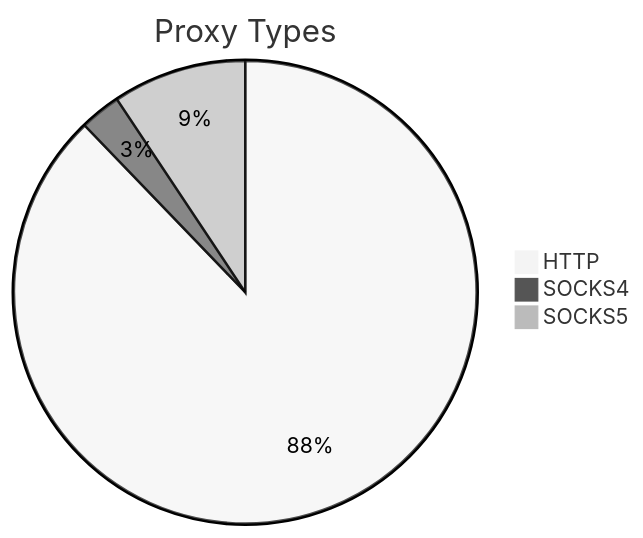
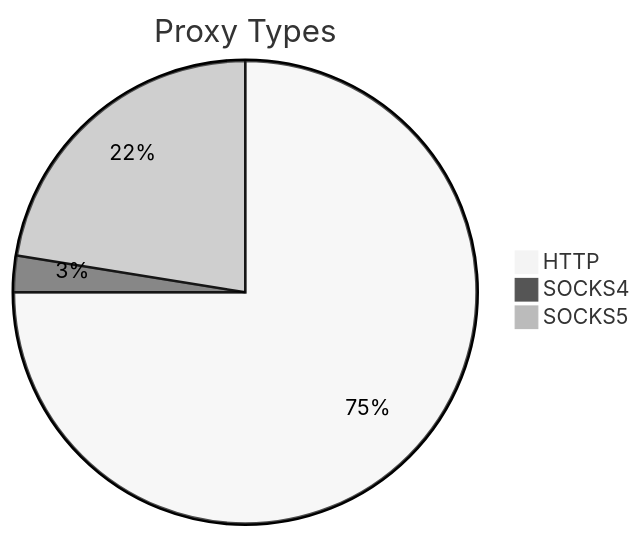
The first of 2 diagrams in README.md (stormsia/proxy-list), drawn with Mermaid (neutral theme) before and after one commit. The commit also changed other lines of this file, not shown here.

````diff
--- a/README.md
+++ b/README.md
@@ -21,6 +21,6 @@
 ```mermaid
 pie title Proxy Types
-    "HTTP" : 799
-    "SOCKS4" : 26
-    "SOCKS5" : 85
+    "HTTP" : 384
+    "SOCKS4" : 13
+    "SOCKS5" : 115
 ```
````
